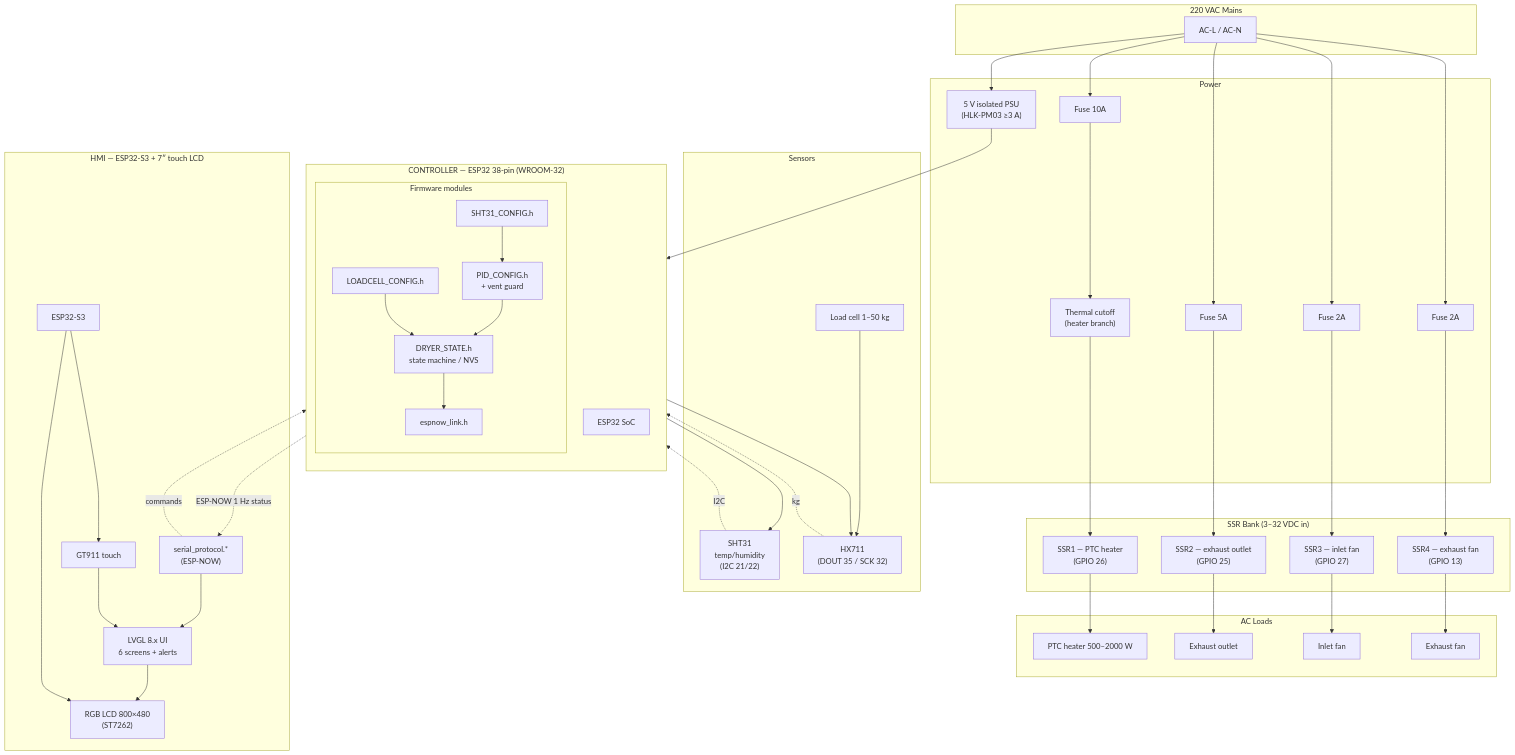
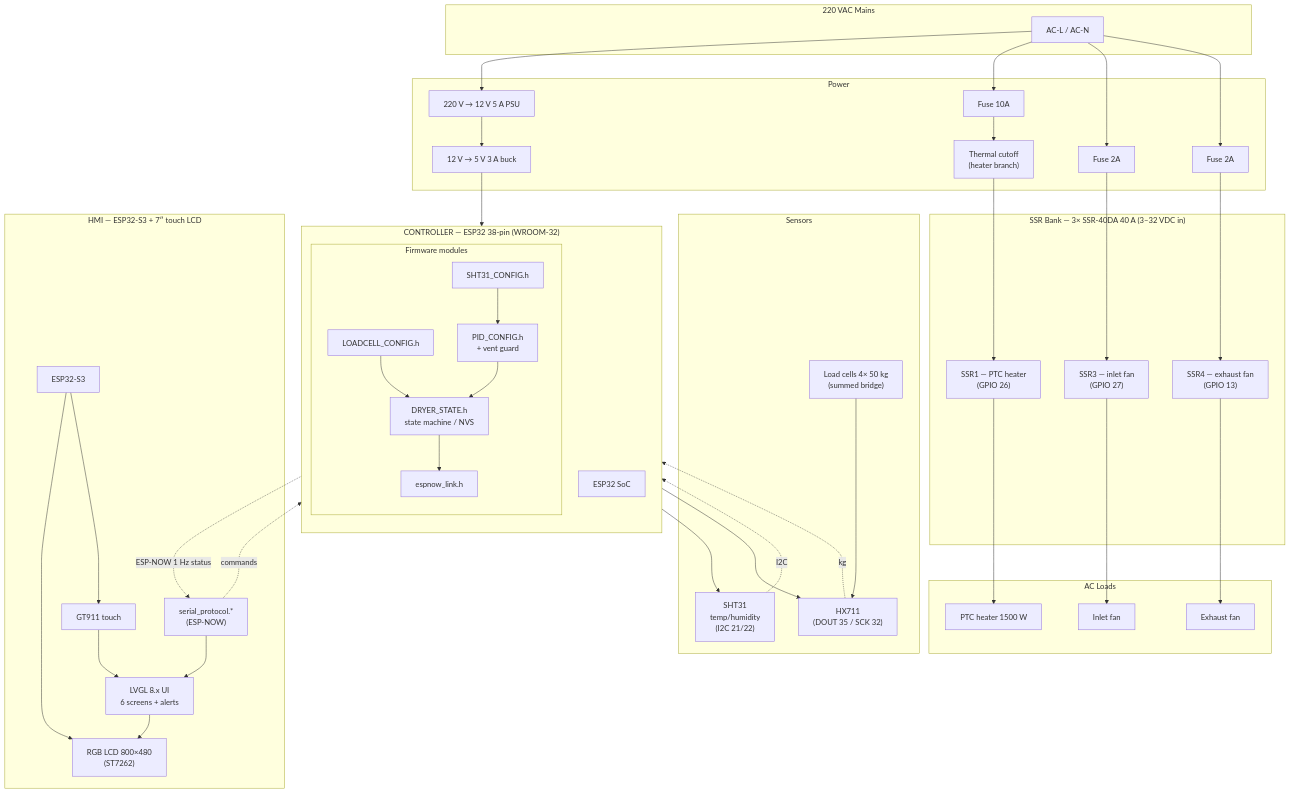
The diagram in docs/diagrams/block-diagram.md (qppd/multi-dryer), drawn with Mermaid before and after one commit. The commit also changed other lines of this file and 17 other files, not shown here.

````diff
--- a/docs/diagrams/block-diagram.md
+++ b/docs/diagrams/block-diagram.md
@@ -5,77 +5,74 @@
 ```mermaid
 flowchart TB
     subgraph AC["220 VAC Mains"]
         M[AC-L / AC-N]
     end
 
     subgraph PWR["Power"]
-        PSU["5 V isolated PSU<br/>(HLK-PM03 ≥3 A)"]
-        F1["Fuse 10A"] & F2["Fuse 5A"] & F3["Fuse 2A"] & F4["Fuse 2A"]
+        PSU["220 V → 12 V 5 A PSU"]
+        BUCK["12 V → 5 V 3 A buck"]
+        F1["Fuse 10A"] & F2["Fuse 2A"] & F3["Fuse 2A"]
         TCO["Thermal cutoff<br/>(heater branch)"]
     end
 
     subgraph CTRL["CONTROLLER — ESP32 38-pin (WROOM-32)"]
         direction TB
         ESP["ESP32 SoC"]
         subgraph MOD["Firmware modules"]
             SHT["SHT31_CONFIG.h"]
             LC["LOADCELL_CONFIG.h"]
             PID["PID_CONFIG.h<br/>+ vent guard"]
             ST["DRYER_STATE.h<br/>state machine / NVS"]
             LNK["espnow_link.h"]
         end
     end
 
     subgraph SENS["Sensors"]
         S31["SHT31<br/>temp/humidity<br/>(I2C 21/22)"]
         HX["HX711<br/>(DOUT 35 / SCK 32)"]
-        CELL["Load cell 1–50 kg"]
+        CELL["Load cells 4× 50 kg<br/>(summed bridge)"]
     end
 
-    subgraph SSR["SSR Bank (3–32 VDC in)"]
+    subgraph SSR["SSR Bank — 3× SSR-40DA 40 A (3–32 VDC in)"]
         R1["SSR1 — PTC heater<br/>(GPIO 26)"]
-        R2["SSR2 — exhaust outlet<br/>(GPIO 25)"]
         R3["SSR3 — inlet fan<br/>(GPIO 27)"]
         R4["SSR4 — exhaust fan<br/>(GPIO 13)"]
     end
 
     subgraph LOADS["AC Loads"]
-        HTR["PTC heater 500–2000 W"]
-        OUT["Exhaust outlet"]
+        HTR["PTC heater 1500 W"]
         IF["Inlet fan"]
         EF["Exhaust fan"]
     end
 
     subgraph HMI["HMI — ESP32-S3 + 7″ touch LCD"]
         HMI_ESP["ESP32-S3"]
         DSP["RGB LCD 800×480<br/>(ST7262)"]
         TCH["GT911 touch"]
         LVGL["LVGL 8.x UI<br/>6 screens + alerts"]
         PROTO["serial_protocol.*<br/>(ESP-NOW)"]
     end
 
-    M --> PSU --> ESP
+    M --> PSU --> BUCK --> ESP
     ESP --> S31 & HX
     CELL --> HX
     S31 -.->|I2C| SHT
     HX -.->|kg| LC
     M --> F1 --> TCO --> R1
-    M --> F2 --> R2
-    M --> F3 --> R3
-    M --> F4 --> R4
+    M --> F2 --> R3
+    M --> F3 --> R4
     R1 --> HTR
-    R2 --> OUT
     R3 --> IF
     R4 --> EF
 
     SHT --> PID
     LC --> ST
     PID --> ST
     ST --> LNK
     LNK -. "ESP-NOW 1 Hz status" .-> PROTO
     PROTO -. "commands" .-> LNK
     PROTO --> LVGL
     LVGL --> DSP
     TCH --> LVGL
     HMI_ESP --> DSP & TCH
 ```
````
